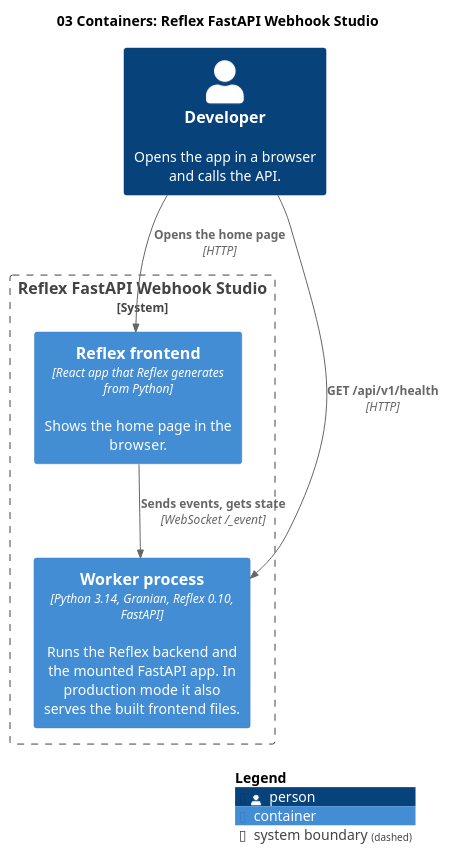
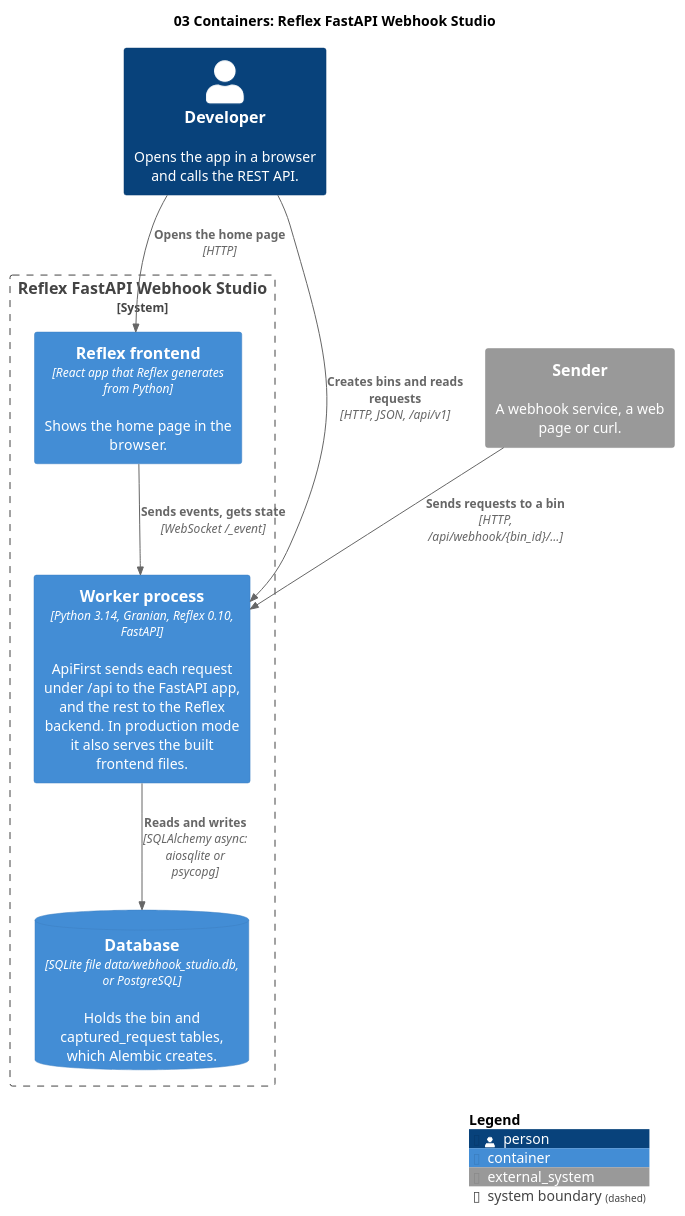
The diagram in docs/diagrams/03-c4-container.puml (Nikhil-Raphy/reflex-fastapi-webhook-studio), drawn with PlantUML before and after one commit. The commit also changed 67 other files, not shown here.

First line of the commit message:
feat: catch requests in bins and read them back through the REST API (#2)

```diff
--- a/docs/diagrams/03-c4-container.puml
+++ b/docs/diagrams/03-c4-container.puml
@@ -1,18 +1,22 @@
 @startuml 03-c4-container
 !include <C4/C4_Container>
 
 title 03 Containers: Reflex FastAPI Webhook Studio
 
-Person(developer, "Developer", "Opens the app in a browser and calls the API.")
+Person(developer, "Developer", "Opens the app in a browser and calls the REST API.")
+System_Ext(sender, "Sender", "A webhook service, a web page or curl.")
 
 System_Boundary(studio, "Reflex FastAPI Webhook Studio") {
   Container(frontend, "Reflex frontend", "React app that Reflex generates from Python", "Shows the home page in the browser.")
-  Container(worker, "Worker process", "Python 3.14, Granian, Reflex 0.10, FastAPI", "Runs the Reflex backend and the mounted FastAPI app. In production mode it also serves the built frontend files.")
+  Container(worker, "Worker process", "Python 3.14, Granian, Reflex 0.10, FastAPI", "ApiFirst sends each request under /api to the FastAPI app, and the rest to the Reflex backend. In production mode it also serves the built frontend files.")
+  ContainerDb(database, "Database", "SQLite file data/webhook_studio.db, or PostgreSQL", "Holds the bin and captured_request tables, which Alembic creates.")
 }
 
 Rel(developer, frontend, "Opens the home page", "HTTP")
 Rel(frontend, worker, "Sends events, gets state", "WebSocket /_event")
-Rel(developer, worker, "GET /api/v1/health", "HTTP")
+Rel(developer, worker, "Creates bins and reads requests", "HTTP, JSON, /api/v1")
+Rel(sender, worker, "Sends requests to a bin", "HTTP, /api/webhook/{bin_id}/...")
+Rel(worker, database, "Reads and writes", "SQLAlchemy async: aiosqlite or psycopg")
 
 SHOW_LEGEND()
 @enduml
```
